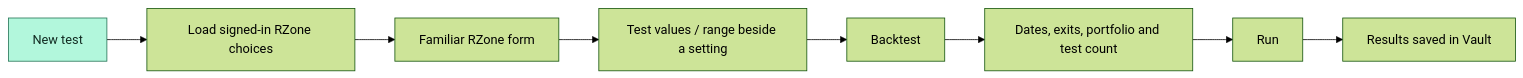
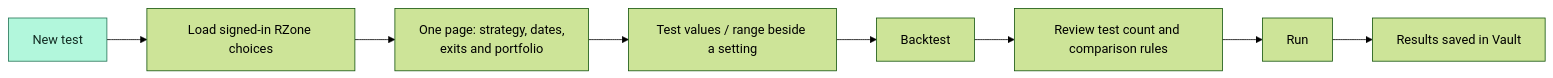
Before and after one commit to mamamiya7/backtest-vault: the first of 12 diagrams in README.md, drawn with Mermaid (forest theme). The commit also changed other lines of this file and 19 other files, not shown here.

Commit message:
Load Radar categories and keep backtest setup on one page

````diff
--- a/README.md
+++ b/README.md
@@ -22,11 +22,11 @@
 ```mermaid
 flowchart LR
     A["New test"] --> B["Load signed-in RZone choices"]
-    B --> C["Familiar RZone form"]
+    B --> C["One page: strategy, dates,<br/>exits and portfolio"]
     C --> D["Test values / range beside a setting"]
     D --> E["Backtest"]
-    E --> F["Dates, exits, portfolio and test count"]
+    E --> F["Review test count and comparison rules"]
     F --> G["Run"]
     G --> H["Results saved in Vault"]
     style A fill:#b2f7dc,stroke:#247456,color:#122b22
 ```
````
